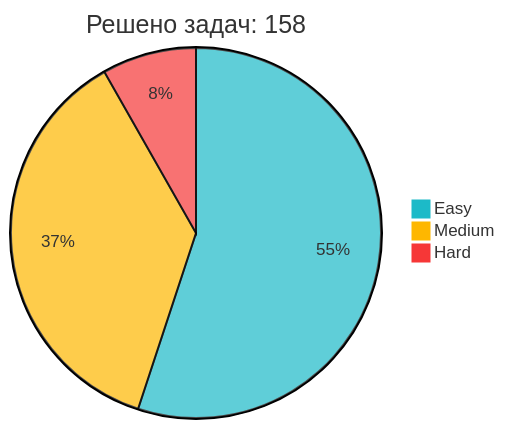
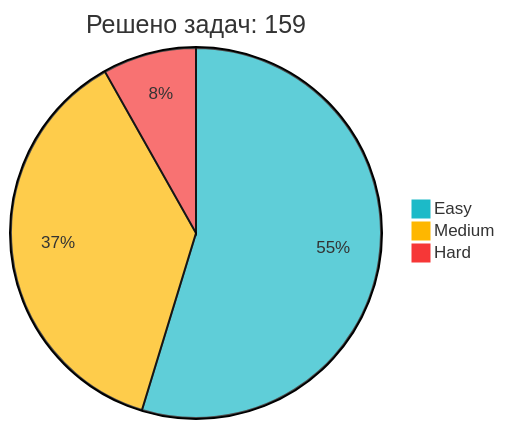
One commit to IliaKurdukov/IliaKurdukov changed the diagram in README.md. Above: the diagram before and after it, drawn with Mermaid. The commit also changed other lines of this file, not shown here.

Commit message:
📈 Обновление статистики LeetCode

````diff
--- a/README.md
+++ b/README.md
@@ -51,7 +51,7 @@
 ```mermaid
 %%{init: {'theme': 'base', 'themeVariables': { 'pie1': '#1CBAC8', 'pie2': '#FEB700', 'pie3': '#F63737' }, 'config': {'width': 300, 'height': 200}}}%%
-pie title Решено задач: 158
+pie title Решено задач: 159
    "Easy" : 87
-   "Medium" : 58
+   "Medium" : 59
    "Hard" : 13
 ```
````
